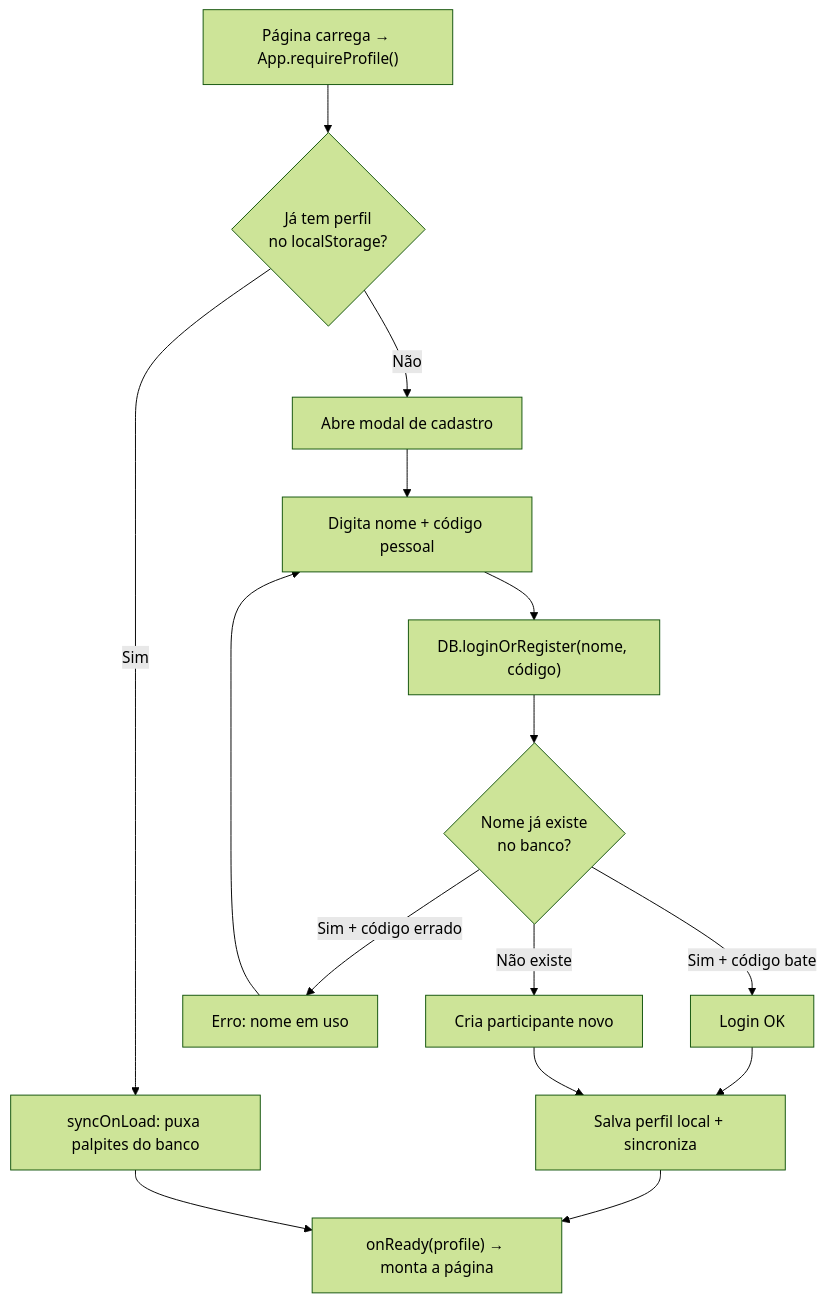
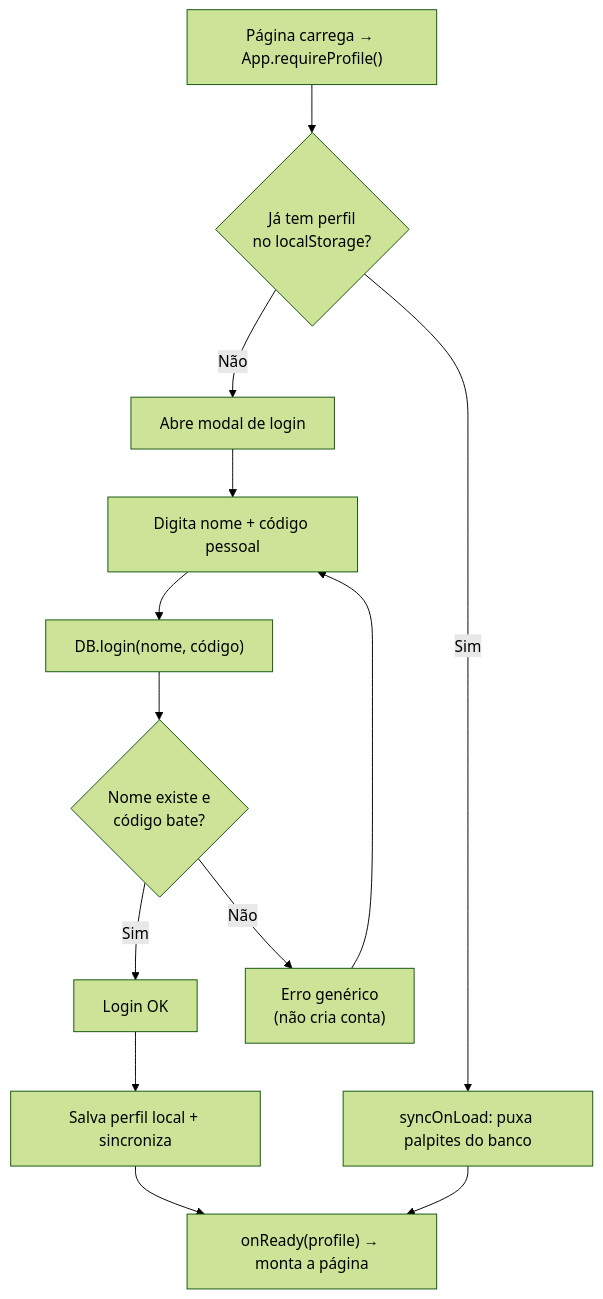
Before and after one commit to BsKrieger/bolao-cdm: the fourth of 8 diagrams in DOCUMENTACAO.md, drawn with Mermaid (forest theme). The commit also changed other lines of this file and 10 other files, not shown here.

````diff
--- a/DOCUMENTACAO.md
+++ b/DOCUMENTACAO.md
@@ -259,16 +266,14 @@
 ```mermaid
 flowchart TD
     A["Página carrega → App.requireProfile()"] --> B{"Já tem perfil<br/>no localStorage?"}
-    B -- Não --> C["Abre modal de cadastro"]
+    B -- Não --> C["Abre modal de login"]
     C --> D["Digita nome + código pessoal"]
-    D --> E["DB.loginOrRegister(nome, código)"]
-    E --> F{"Nome já existe<br/>no banco?"}
-    F -- "Sim + código bate" --> G["Login OK"]
-    F -- "Sim + código errado" --> H["Erro: nome em uso"] --> D
-    F -- "Não existe" --> I["Cria participante novo"]
+    D --> E["DB.login(nome, código)"]
+    E --> F{"Nome existe e<br/>código bate?"}
+    F -- "Sim" --> G["Login OK"]
+    F -- "Não" --> H["Erro genérico<br/>(não cria conta)"] --> D
     G --> J["Salva perfil local + sincroniza"]
-    I --> J
     B -- Sim --> K["syncOnLoad: puxa palpites do banco"]
     J --> L["onReady(profile) → monta a página"]
     K --> L
 ```
````
